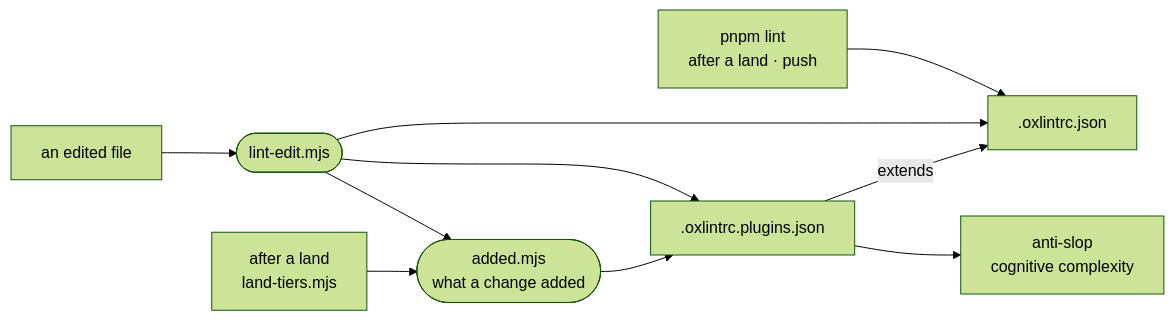
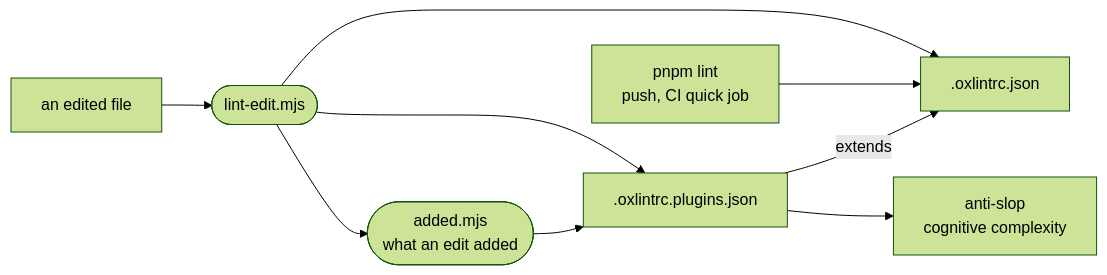
One commit to intentic/intentic changed the diagram in _tools/oxlint/README.md. Above: the diagram before and after it, drawn with Mermaid (forest theme). The commit also changed other lines of this file and 284 other files, not shown here.

First line of the commit message:
feat(workspace)!: drop Mainline and landCheck for push-checks and deps-slice

````diff
--- a/_tools/oxlint/README.md
+++ b/_tools/oxlint/README.md
@@ -5,12 +5,11 @@
 ```mermaid
 flowchart LR
     edit["an edited file"] --> hook(["lint-edit.mjs"])
     hook --> root[".oxlintrc.json"]
-    lint["pnpm lint<br/>after a land · push"] --> root
+    lint["pnpm lint<br/>push, CI quick job"] --> root
     hook --> extra[".oxlintrc.plugins.json"]
-    land["after a land<br/>land-tiers.mjs"] --> added(["added.mjs<br/>what a change added"])
-    hook --> added
+    hook --> added(["added.mjs<br/>what an edit added"])
     added --> extra
     extra -->|"extends"| root
     extra --> rules["anti-slop<br/>cognitive complexity"]
 ```
````
